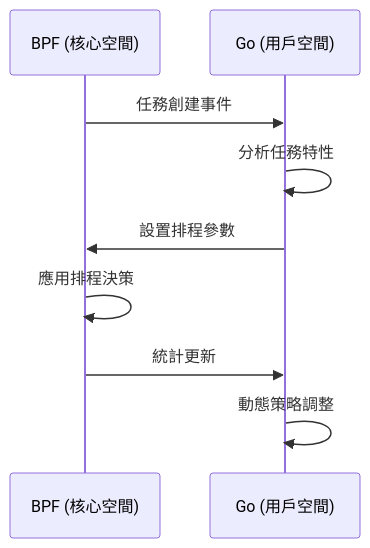
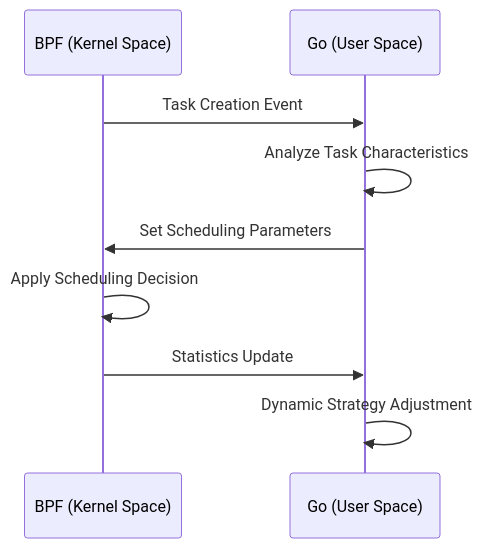
One commit to Gthulhu/docs changed the sixth of 6 diagrams in docs/how-it-works.md. Above: the diagram before and after it, drawn with Mermaid. The commit also changed other lines of this file and 29 other files, not shown here.

````diff
--- a/docs/how-it-works.md
+++ b/docs/how-it-works.md
@@ -267,12 +267,12 @@
 ```mermaid
 sequenceDiagram
-    participant K as BPF (核心空間)
-    participant U as Go (用戶空間)
+    participant K as BPF (Kernel Space)
+    participant U as Go (User Space)
     
-    K->>U: 任務創建事件
-    U->>U: 分析任務特性
-    U->>K: 設置排程參數
-    K->>K: 應用排程決策
-    K->>U: 統計更新
-    U->>U: 動態策略調整
+    K->>U: Task Creation Event
+    U->>U: Analyze Task Characteristics
+    U->>K: Set Scheduling Parameters
+    K->>K: Apply Scheduling Decision
+    K->>U: Statistics Update
+    U->>U: Dynamic Strategy Adjustment
 ```
````
